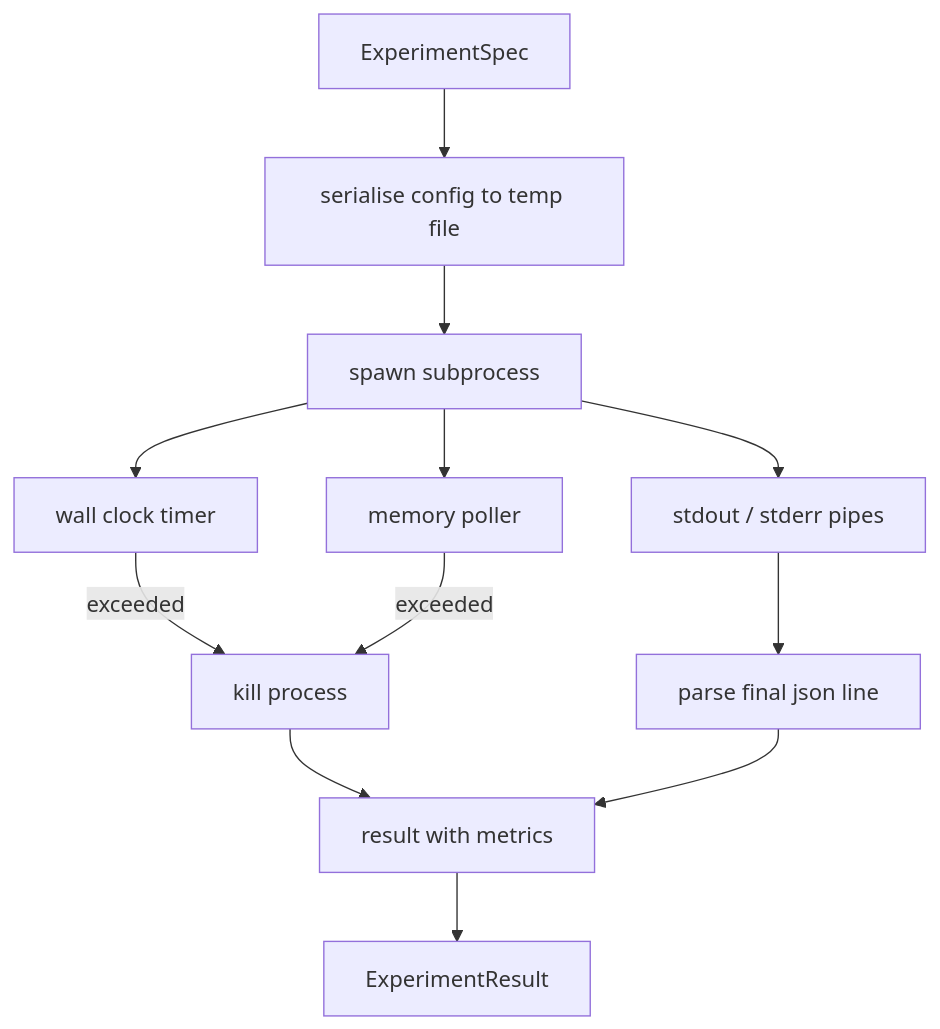
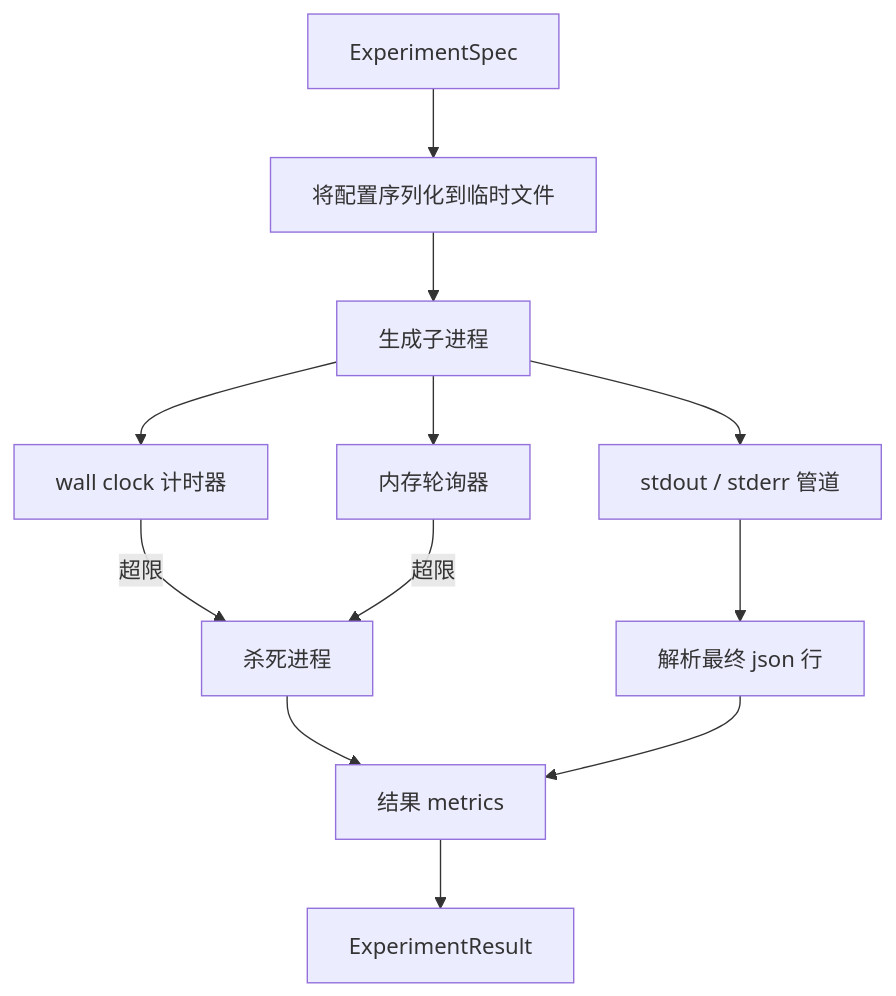
Before and after one commit to guangningsun/ailearning: the diagram in lessons/19-capstone-projects/52-experiment-runner/docs/zh.md, drawn with Mermaid. The commit also changed other lines of this file and 85 other files, not shown here.

````diff
--- a/lessons/19-capstone-projects/52-experiment-runner/docs/zh.md
+++ b/lessons/19-capstone-projects/52-experiment-runner/docs/zh.md
@@ -41,14 +42,14 @@
 ```mermaid
 flowchart TD
-    A[ExperimentSpec] --> B[serialise config to temp file]
-    B --> C[spawn subprocess]
-    C --> D[stdout / stderr pipes]
-    C --> E[wall clock timer]
-    C --> F[memory poller]
-    E -- exceeded --> K[kill process]
-    F -- exceeded --> K
-    D --> P[parse final json line]
-    K --> R[result with terminal=timeout or oom]
-    P --> R[result with metrics]
+    A[ExperimentSpec] --> B[将配置序列化到临时文件]
+    B --> C[生成子进程]
+    C --> D[stdout / stderr 管道]
+    C --> E[wall clock 计时器]
+    C --> F[内存轮询器]
+    E -- 超限 --> K[杀死进程]
+    F -- 超限 --> K
+    D --> P[解析最终 json 行]
+    K --> R[结果 terminal=timeout 或 oom]
+    P --> R[结果 metrics]
     R --> O[ExperimentResult]
 ```
````
